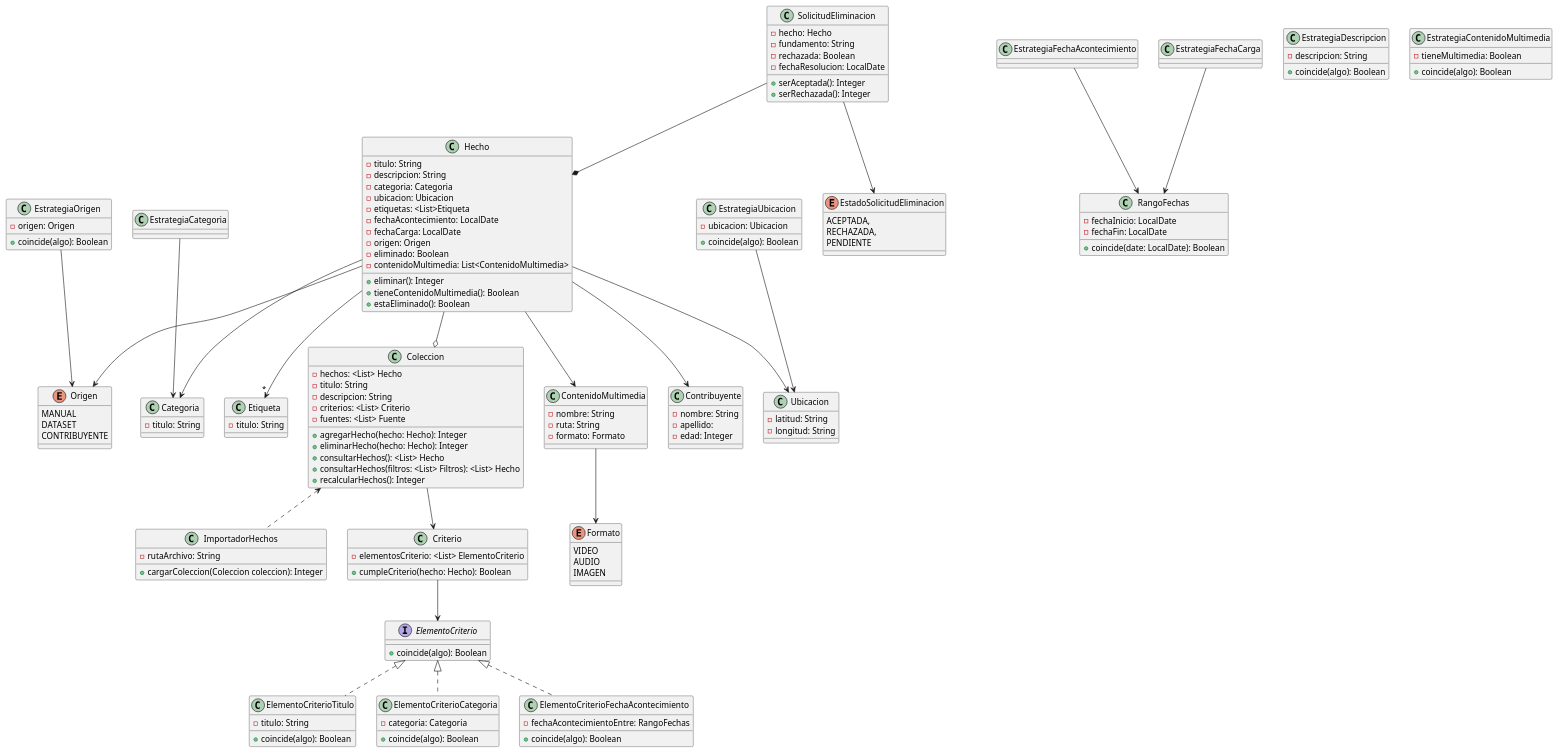
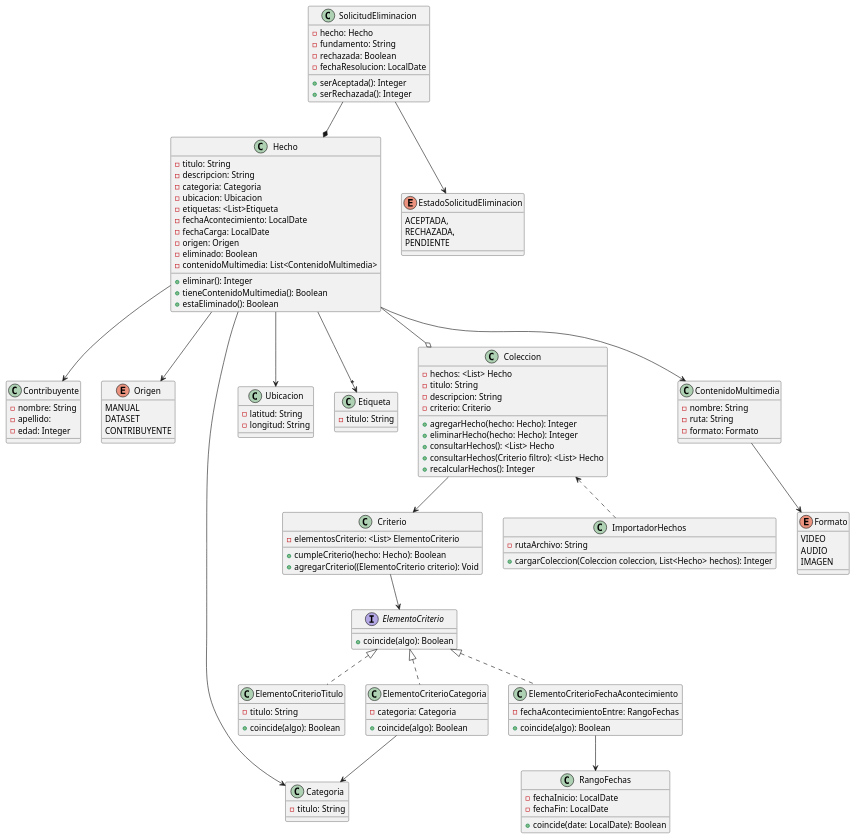
One commit to BrunoRodriguezzz/tp-dsi changed the diagram in DiagramaDeClases-1°Entrega.puml. Above: the diagram before and after it, drawn with PlantUML. The commit also changed 12 other files, not shown here.

```diff
--- a/DiagramaDeClases-1°Entrega.puml
+++ b/DiagramaDeClases-1°Entrega.puml
@@ -1,174 +1,154 @@
     @startuml
 'Hecho
 Hecho --> Contribuyente
 Hecho --> Origen
 Hecho --> Categoria
 Hecho --> Ubicacion
 Hecho -->"*" Etiqueta
 Hecho --o Coleccion
+Hecho --> ContenidoMultimedia
 
+'Solicitudes de Eliminacion
 SolicitudEliminacion --* Hecho
+SolicitudEliminacion --> EstadoSolicitudEliminacion
 
+'Colecciones
 Coleccion --> Criterio
+
+'Importador de Hechos
+Coleccion <.. ImportadorHechos
 
 'Criterio
 Criterio --> ElementoCriterio
 
 'ElementoCriterio
 ElementoCriterio <|.. ElementoCriterioTitulo
 ElementoCriterio <|.. ElementoCriterioCategoria
 ElementoCriterio <|.. ElementoCriterioFechaAcontecimiento
 
 'Estrategias
-EstrategiaCategoria --> Categoria
-EstrategiaUbicacion --> Ubicacion
-EstrategiaFechaAcontecimiento --> RangoFechas
-EstrategiaFechaCarga --> RangoFechas
-EstrategiaOrigen --> Origen
+ElementoCriterioCategoria --> Categoria
+ElementoCriterioFechaAcontecimiento --> RangoFechas
 
-SolicitudEliminacion --> EstadoSolicitudEliminacion
-
+'Contenido Multimedia
 ContenidoMultimedia --> Formato
-Hecho --> ContenidoMultimedia
-Coleccion <.. ImportadorHechos
 
 class Contribuyente {
     -nombre: String
     -apellido:
     -edad: Integer
 }
 
 enum EstadoSolicitudEliminacion {
     ACEPTADA,
     RECHAZADA,
     PENDIENTE
 }
 
 class ContenidoMultimedia {
     -nombre: String
     -ruta: String
     -formato: Formato
 }
 
 enum Formato {
     VIDEO
     AUDIO
     IMAGEN
 }
 
 class Hecho {
     -titulo: String
     -descripcion: String
     -categoria: Categoria
     -ubicacion: Ubicacion
     -etiquetas: <List>Etiqueta
     -fechaAcontecimiento: LocalDate
     -fechaCarga: LocalDate
     -origen: Origen
     -eliminado: Boolean
     -contenidoMultimedia: List<ContenidoMultimedia>
     +eliminar(): Integer
     +tieneContenidoMultimedia(): Boolean
     +estaEliminado(): Boolean
 }
 
 class ImportadorHechos {
     -rutaArchivo: String
-    +cargarColeccion(Coleccion coleccion): Integer
+    +cargarColeccion(Coleccion coleccion, List<Hecho> hechos): Integer
 }
 
 class Etiqueta {
     -titulo: String
 }
 
 enum Origen {
     MANUAL
     DATASET
     CONTRIBUYENTE
 }
 
 class Categoria {
     -titulo: String
 }
 
 class Ubicacion {
     -latitud: String
     -longitud: String
 }
 
 class SolicitudEliminacion {
     -hecho: Hecho
     -fundamento: String
     -rechazada: Boolean
     -fechaResolucion: LocalDate
     +serAceptada(): Integer
     +serRechazada(): Integer
 }
 
 class Coleccion {
     -hechos: <List> Hecho
     -titulo: String
     -descripcion: String
-    -criterios: <List> Criterio
-    -fuentes: <List> Fuente
+    -criterio: Criterio
     +agregarHecho(hecho: Hecho): Integer
     +eliminarHecho(hecho: Hecho): Integer
     'Solo para representar overload
     +consultarHechos(): <List> Hecho
-    +consultarHechos(filtros: <List> Filtros): <List> Hecho
+    +consultarHechos(Criterio filtro): <List> Hecho
     +recalcularHechos(): Integer
-
 }
 
 class Criterio{
     -elementosCriterio: <List> ElementoCriterio
 
     +cumpleCriterio(hecho: Hecho): Boolean
+    +agregarCriterio((ElementoCriterio criterio): Void
 }
 
 class RangoFechas {
     -fechaInicio: LocalDate
     -fechaFin: LocalDate
     +coincide(date: LocalDate): Boolean
 }
 
 interface ElementoCriterio{
     +coincide(algo): Boolean
 }
 
 class ElementoCriterioTitulo{
     -titulo: String
     +coincide(algo): Boolean
 }
 
-class EstrategiaDescripcion{
-    -descripcion: String
-    +coincide(algo): Boolean
-}
-
-class EstrategiaOrigen{
-    -origen: Origen
-    +coincide(algo): Boolean
-}
-
-class EstrategiaContenidoMultimedia{
-    -tieneMultimedia: Boolean
-    +coincide(algo): Boolean
-}
-
 class ElementoCriterioFechaAcontecimiento{
     -fechaAcontecimientoEntre: RangoFechas
     +coincide(algo): Boolean
 }
 
 class ElementoCriterioCategoria{
     -categoria: Categoria
     +coincide(algo): Boolean
 }
 
-class EstrategiaUbicacion{
-    -ubicacion: Ubicacion
-    +coincide(algo): Boolean
-}
-
 @enduml
```
